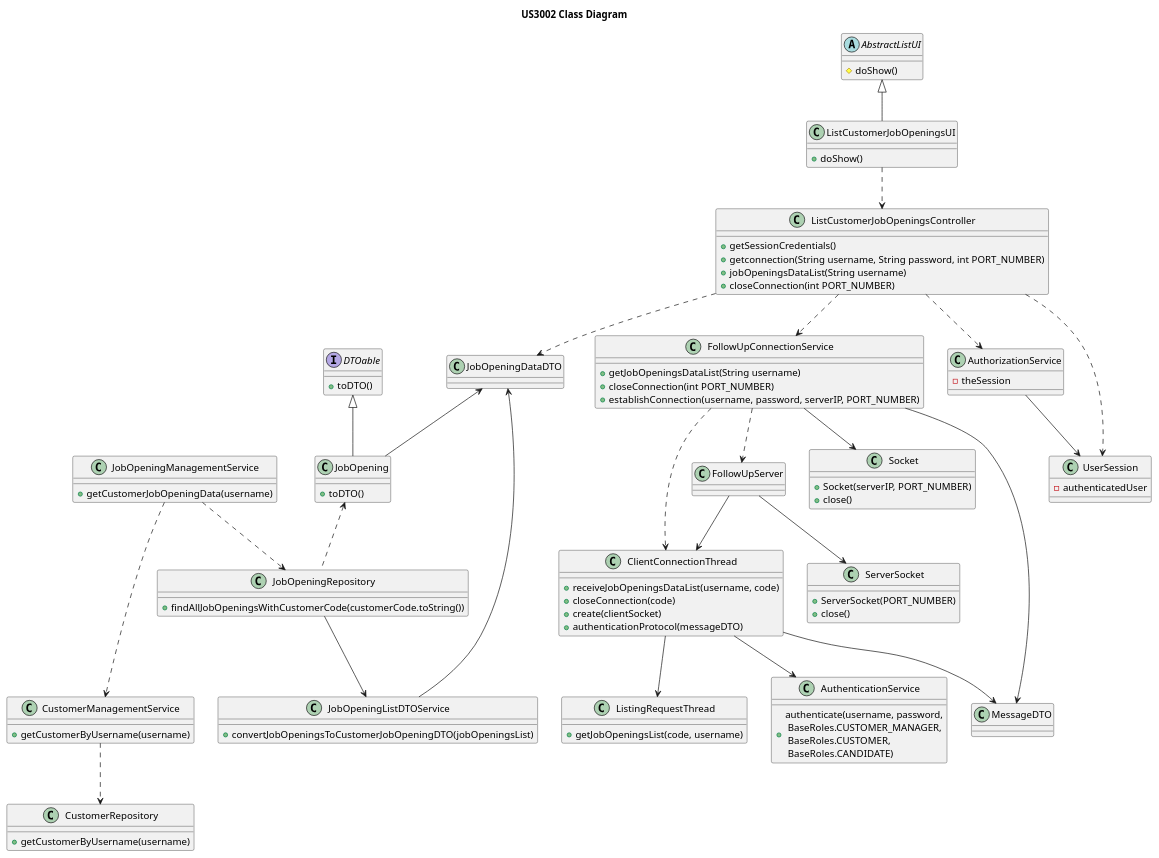
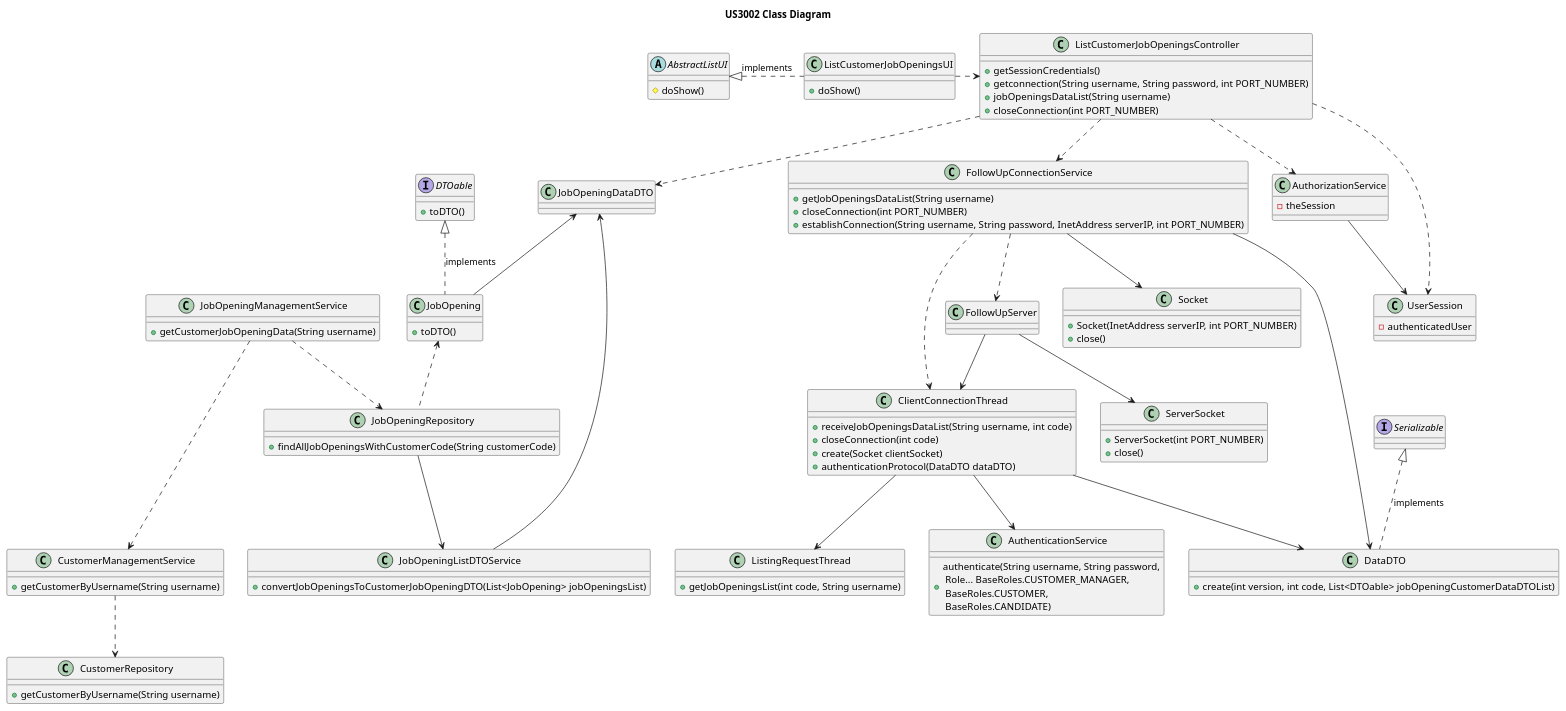
Before and after one commit to rita-barbosa/LAPR4-2324: the diagram in docs/sprint-c/us_3002/US3002_CD/us3002_cd.puml, drawn with PlantUML. The commit also changed 9 other files, not shown here.

First line of the commit message:
docs: US3002 - design diagrams update

```diff
--- a/docs/sprint-c/us_3002/US3002_CD/us3002_cd.puml
+++ b/docs/sprint-c/us_3002/US3002_CD/us3002_cd.puml
@@ -1,137 +1,141 @@
 @startuml
 'https://plantuml.com/class-diagram
 
 title US3002 Class Diagram
 
 abstract class AbstractListUI {
 # doShow()
 }
 
+interface Serializable {}
 
 interface DTOable {
 + toDTO()
 }
 
 class ListCustomerJobOpeningsUI {
 + doShow()
 }
 
 class ListCustomerJobOpeningsController {
 + getSessionCredentials()
 + getconnection(String username, String password, int PORT_NUMBER)
 + jobOpeningsDataList(String username)
 + closeConnection(int PORT_NUMBER)
 }
 
 
 class FollowUpConnectionService {
 + getJobOpeningsDataList(String username)
 + closeConnection(int PORT_NUMBER)
-+ establishConnection(username, password, serverIP, PORT_NUMBER)
++ establishConnection(String username, String password, InetAddress serverIP, int PORT_NUMBER)
 }
 
 
 
 class ClientConnectionThread {
-+ receiveJobOpeningsDataList(username, code)
-+ closeConnection(code)
-+ create(clientSocket)
-+ authenticationProtocol(messageDTO)
++ receiveJobOpeningsDataList(String username, int code)
++ closeConnection(int code)
++ create(Socket clientSocket)
++ authenticationProtocol(DataDTO dataDTO)
 }
 
 class ListingRequestThread {
-+ getJobOpeningsList(code, username)
++ getJobOpeningsList(int code, String username)
 }
 
 
 class JobOpeningManagementService {
-+ getCustomerJobOpeningData(username)
++ getCustomerJobOpeningData(String username)
 }
 
 
 class JobOpeningListDTOService {
-+ convertJobOpeningsToCustomerJobOpeningDTO(jobOpeningsList)
++ convertJobOpeningsToCustomerJobOpeningDTO(List<JobOpening> jobOpeningsList)
 }
 
 class CustomerManagementService {
-+ getCustomerByUsername(username)
++ getCustomerByUsername(String username)
 }
 
 class CustomerRepository {
-+ getCustomerByUsername(username)
++ getCustomerByUsername(String username)
 }
 
 class JobOpeningRepository {
-+ findAllJobOpeningsWithCustomerCode(customerCode.toString())
++ findAllJobOpeningsWithCustomerCode(String customerCode)
 }
 
 class AuthorizationService {
 - theSession
 }
 
 class UserSession {
 - authenticatedUser
 }
 
-class MessageDTO {}
+class DataDTO {
++ create(int version, int code, List<DTOable> jobOpeningCustomerDataDTOList)
+}
 
 class FollowUpServer {}
 
 class AuthenticationService {
-+  authenticate(username, password,\n BaseRoles.CUSTOMER_MANAGER,\n BaseRoles.CUSTOMER,\n BaseRoles.CANDIDATE)
++  authenticate(String username, String password,\n Role... BaseRoles.CUSTOMER_MANAGER,\n BaseRoles.CUSTOMER,\n BaseRoles.CANDIDATE)
 }
 
 class JobOpening {
 + toDTO()
 }
 
 class Socket {
-+ Socket(serverIP, PORT_NUMBER)
++ Socket(InetAddress serverIP, int PORT_NUMBER)
 + close()
 }
 
 class ServerSocket {
-+ ServerSocket(PORT_NUMBER)
++ ServerSocket(int PORT_NUMBER)
 + close()
 }
 
 class JobOpeningDataDTO {}
 
 ' ASSOCIATIONS
 
-AbstractListUI <|-- ListCustomerJobOpeningsUI
-DTOable <|-- JobOpening
+AbstractListUI <|.right. ListCustomerJobOpeningsUI : implements
+DTOable <|.. JobOpening : implements
+Serializable <|.. DataDTO : implements
 
-ListCustomerJobOpeningsUI ..> ListCustomerJobOpeningsController
+ListCustomerJobOpeningsUI .right.> ListCustomerJobOpeningsController
 
 ListCustomerJobOpeningsController ..> AuthorizationService
 ListCustomerJobOpeningsController ..> FollowUpConnectionService
 ListCustomerJobOpeningsController ..> JobOpeningDataDTO
 ListCustomerJobOpeningsController ..> UserSession
 
 
 FollowUpConnectionService ..> FollowUpServer
 FollowUpConnectionService ..> ClientConnectionThread
 FollowUpServer --> ClientConnectionThread
 ClientConnectionThread --> ListingRequestThread
 ClientConnectionThread --> AuthenticationService
-ClientConnectionThread --> MessageDTO
+ClientConnectionThread --> DataDTO
 
 FollowUpConnectionService --> Socket
 FollowUpServer --> ServerSocket
 
 JobOpeningManagementService ..> JobOpeningRepository
 JobOpeningRepository .up.> JobOpening
 JobOpening -up-> JobOpeningDataDTO
 JobOpeningListDTOService -up-> JobOpeningDataDTO
 JobOpeningRepository --> JobOpeningListDTOService
 
 JobOpeningManagementService ...> CustomerManagementService
 
 CustomerManagementService ..> CustomerRepository
 
-MessageDTO <-- FollowUpConnectionService
+DataDTO <-- FollowUpConnectionService
 
 AuthorizationService --> UserSession
 
 @enduml
```
